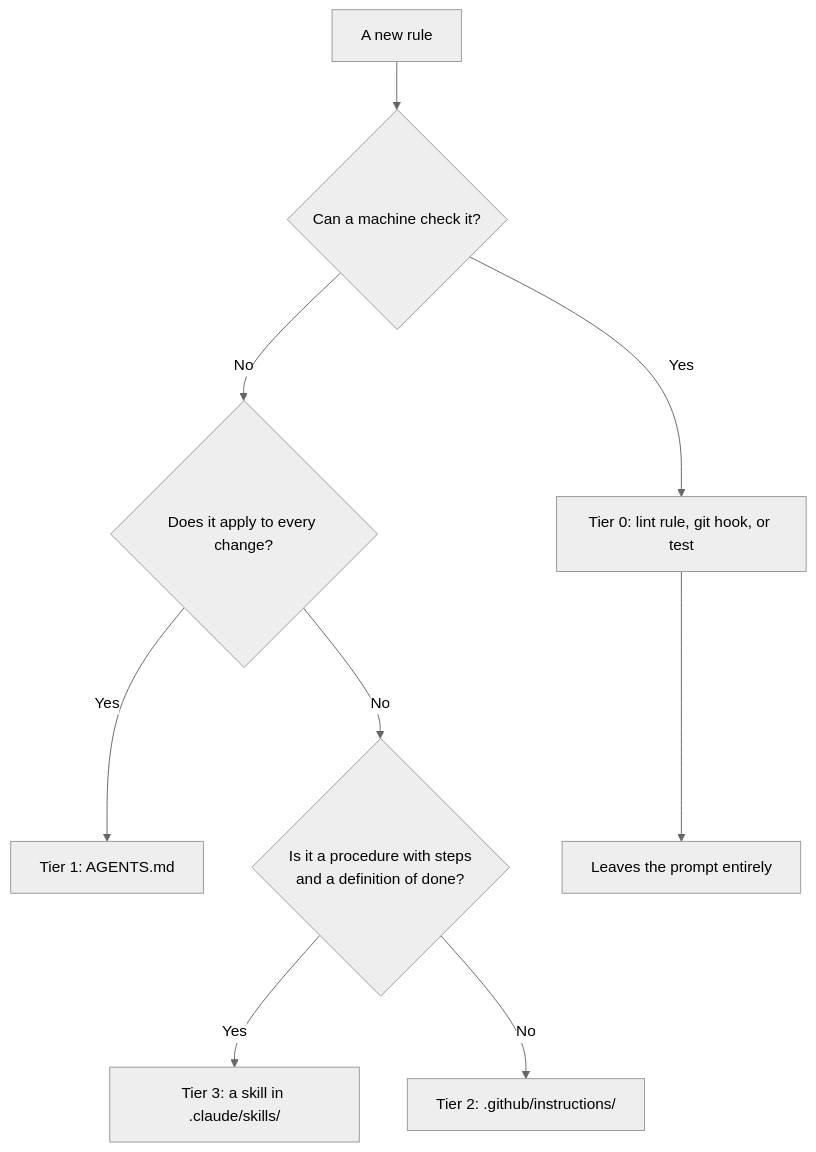
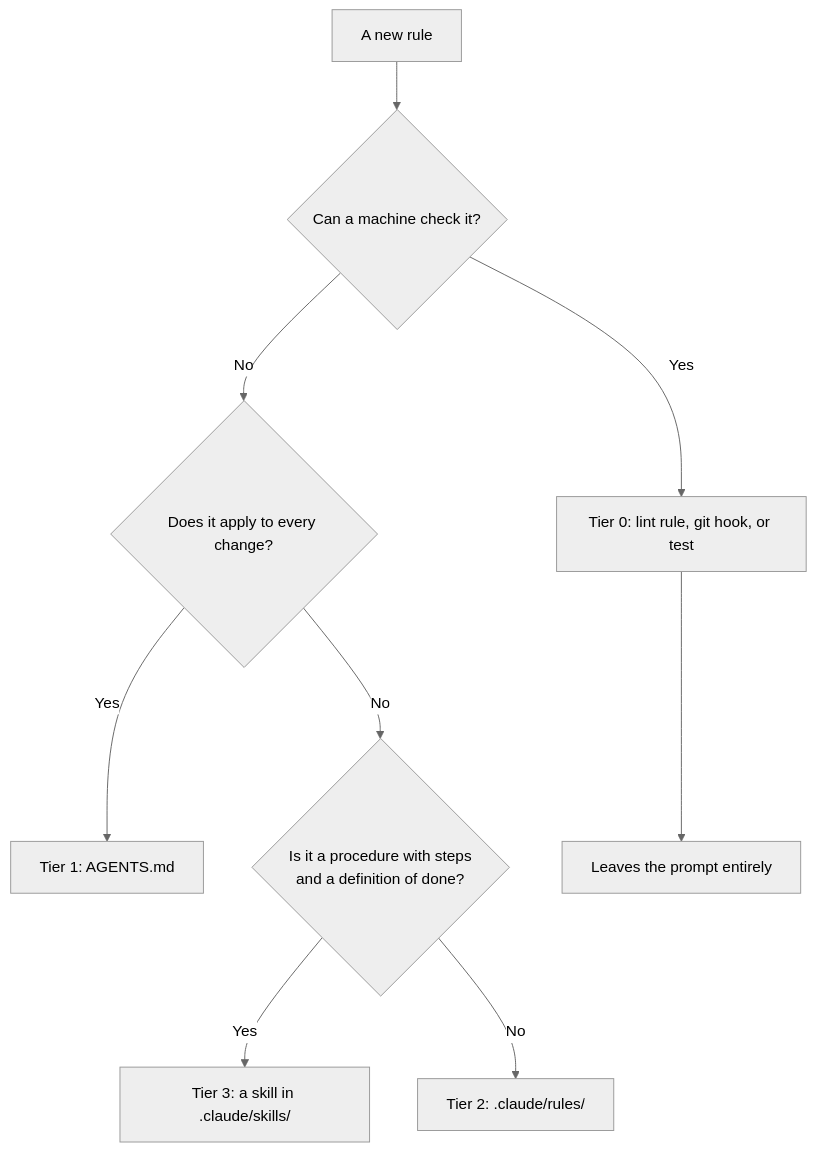
Before and after one commit to cnotv/generative-art: the diagram in documentation/docs/architecture/agent-instructions.md, drawn with Mermaid (neutral theme). The commit also changed other lines of this file and 16 other files, not shown here.

````diff
--- a/documentation/docs/architecture/agent-instructions.md
+++ b/documentation/docs/architecture/agent-instructions.md
@@ -87,11 +82,11 @@
 ```mermaid
 flowchart TD
     A[A new rule] --> B{Can a machine check it?}
     B -->|Yes| C[Tier 0: lint rule, git hook, or test]
     B -->|No| D{Does it apply to every change?}
     D -->|Yes| E[Tier 1: AGENTS.md]
     D -->|No| F{Is it a procedure with steps<br/>and a definition of done?}
     F -->|Yes| G[Tier 3: a skill in .claude/skills/]
-    F -->|No| H[Tier 2: .github/instructions/]
+    F -->|No| H[Tier 2: .claude/rules/]
     C --> I[Leaves the prompt entirely]
 ```
````
